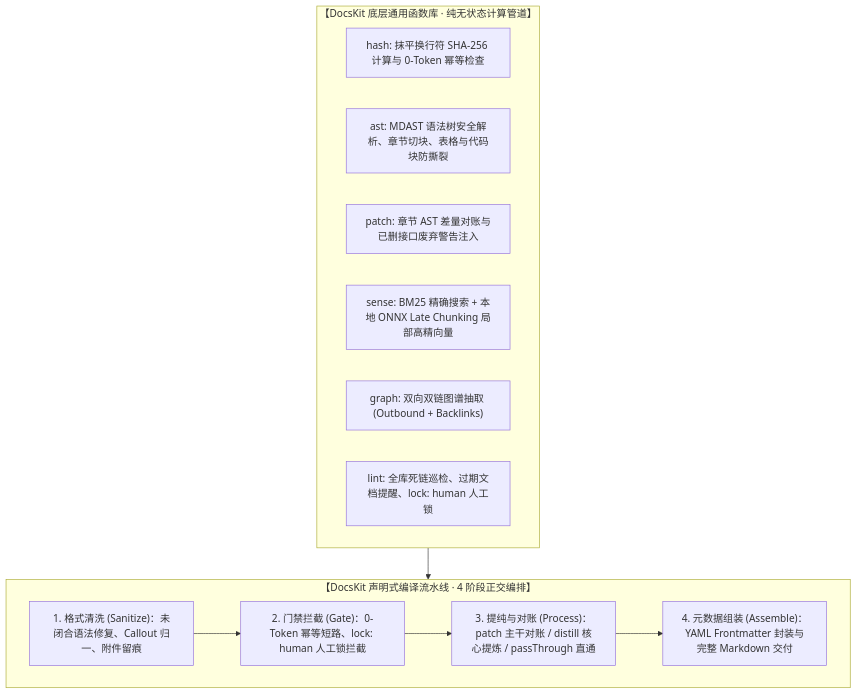
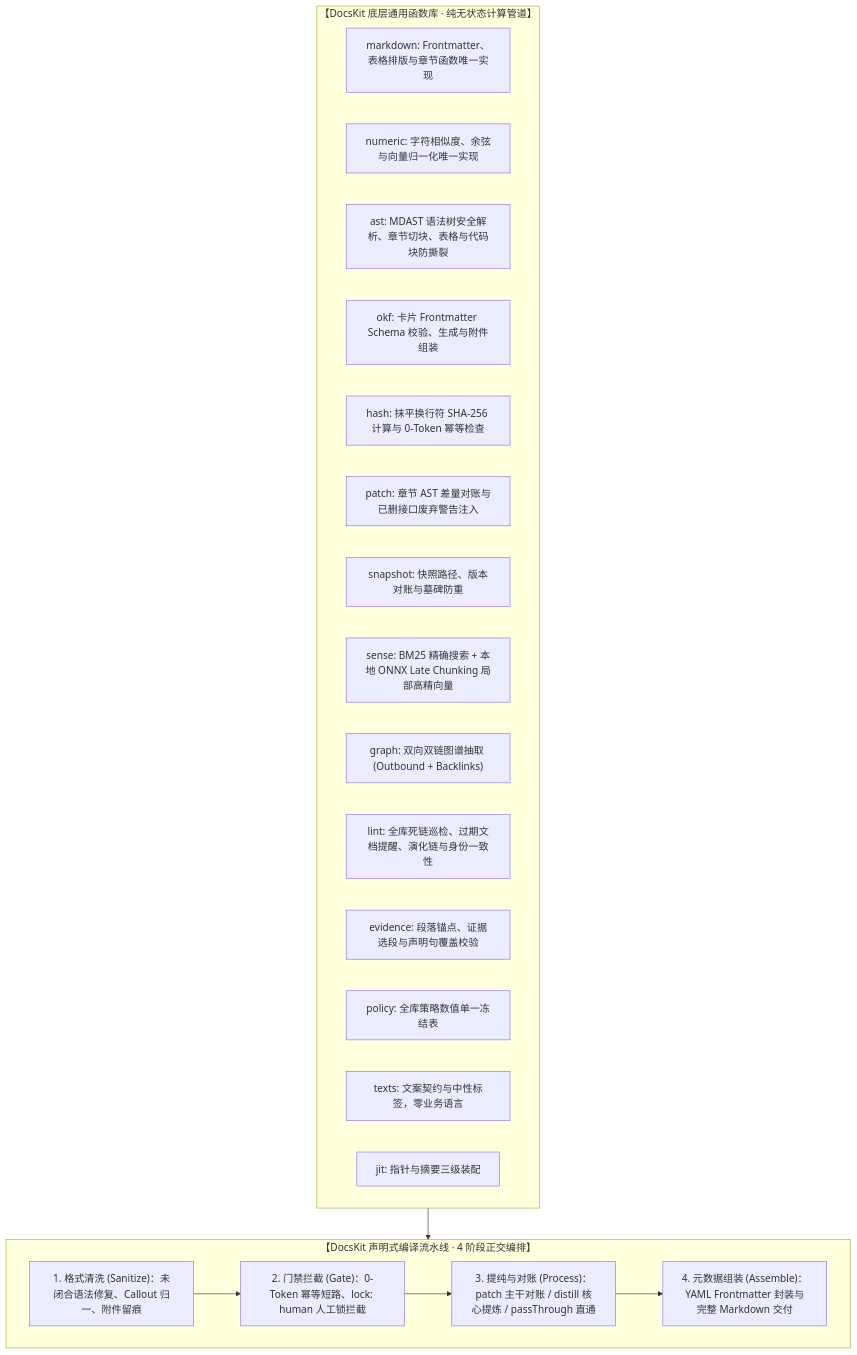
One commit to Mintnoii/DocsKit changed the diagram in docs/CAPABILITIES.md. Above: the diagram before and after it, drawn with Mermaid. The commit also changed other lines of this file and 92 other files, not shown here.

````diff
--- a/docs/CAPABILITIES.md
+++ b/docs/CAPABILITIES.md
@@ -10,21 +8,29 @@
 ```mermaid
 flowchart TD
     subgraph Core["【DocsKit 底层通用函数库 · 纯无状态计算管道】"]
+        MarkdownOp["markdown: Frontmatter、表格排版与章节函数唯一实现"]
+        NumericOp["numeric: 字符相似度、余弦与向量归一化唯一实现"]
+        ASTOp["ast: MDAST 语法树安全解析、章节切块、表格与代码块防撕裂"]
+        OKFOp["okf: 卡片 Frontmatter Schema 校验、生成与附件组装"]
         HashOp["hash: 抹平换行符 SHA-256 计算与 0-Token 幂等检查"]
-        ASTOp["ast: MDAST 语法树安全解析、章节切块、表格与代码块防撕裂"]
         PatchOp["patch: 章节 AST 差量对账与已删接口废弃警告注入"]
+        SnapshotOp["snapshot: 快照路径、版本对账与墓碑防重"]
         SenseOp["sense: BM25 精确搜索 + 本地 ONNX Late Chunking 局部高精向量"]
         GraphOp["graph: 双向双链图谱抽取 (Outbound + Backlinks)"]
-        LintOp["lint: 全库死链巡检、过期文档提醒、lock: human 人工锁"]
+        LintOp["lint: 全库死链巡检、过期文档提醒、演化链与身份一致性"]
+        EvidenceOp["evidence: 段落锚点、证据选段与声明句覆盖校验"]
+        PolicyOp["policy: 全库策略数值单一冻结表"]
+        TextsOp["texts: 文案契约与中性标签，零业务语言"]
+        JITOp["jit: 指针与摘要三级装配"]
     end
 
     subgraph Pipeline["【DocsKit 声明式编译流水线 · 4 阶段正交编排】"]
         S1["1. 格式清洗 (Sanitize)：未闭合语法修复、Callout 归一、附件留痕"]
         S2["2. 门禁拦截 (Gate)：0-Token 幂等短路、lock: human 人工锁拦截"]
         S3["3. 提纯与对账 (Process)：patch 主干对账 / distill 核心提炼 / passThrough 直通"]
         S4["4. 元数据组装 (Assemble)：YAML Frontmatter 封装与完整 Markdown 交付"]
         S1 --> S2 --> S3 --> S4
     end
 
     Core --> Pipeline
 ```
````
